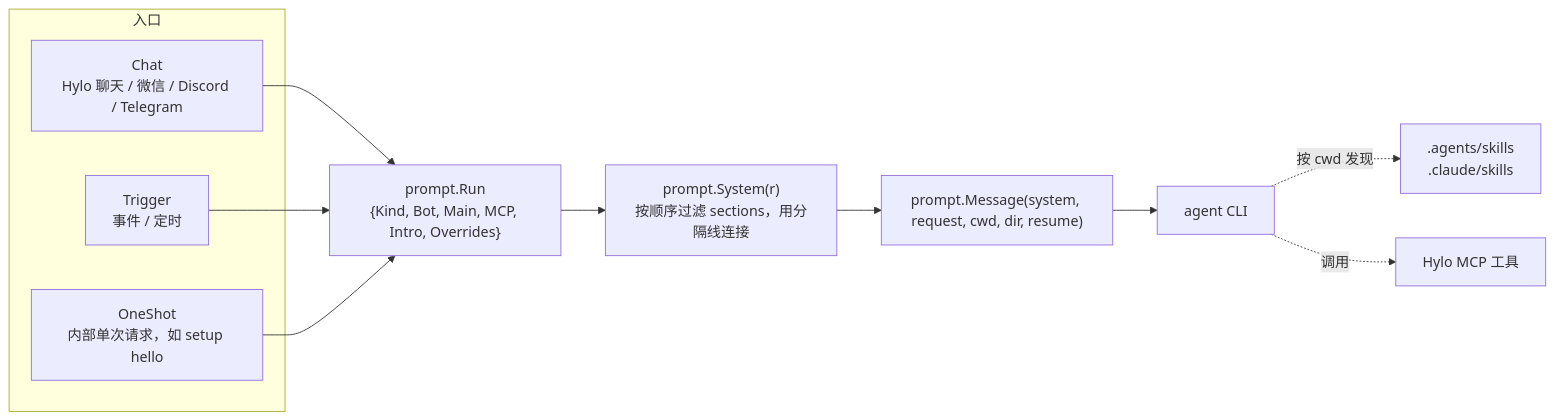
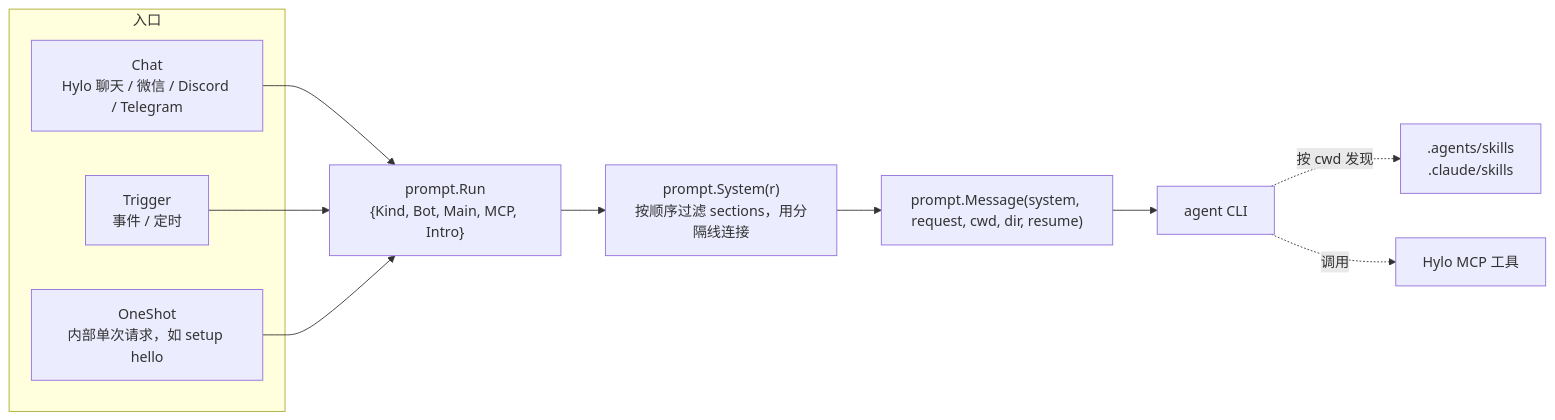
One commit to skoowoo/hylo changed the first of 6 diagrams in docs/prompt-skills-architecture.md. Above: the diagram before and after it, drawn with Mermaid. The commit also changed other lines of this file and 17 other files, not shown here.

````diff
--- a/docs/prompt-skills-architecture.md
+++ b/docs/prompt-skills-architecture.md
@@ -17,14 +17,14 @@
 ```mermaid
 flowchart LR
     subgraph 入口
         C[Chat<br/>Hylo 聊天 / 微信 / Discord / Telegram]
         T[Trigger<br/>事件 / 定时]
         O[OneShot<br/>内部单次请求，如 setup hello]
     end
-    C & T & O --> R["prompt.Run<br/>{Kind, Bot, Main, MCP, Intro, Overrides}"]
+    C & T & O --> R["prompt.Run<br/>{Kind, Bot, Main, MCP, Intro}"]
     R --> S["prompt.System(r)<br/>按顺序过滤 sections，用分隔线连接"]
     S --> M["prompt.Message(system, request, cwd, dir, resume)"]
     M --> A[agent CLI]
     A -. 按 cwd 发现 .-> SK[".agents/skills<br/>.claude/skills"]
     A -. 调用 .-> MCP[Hylo MCP 工具]
 ```
````
